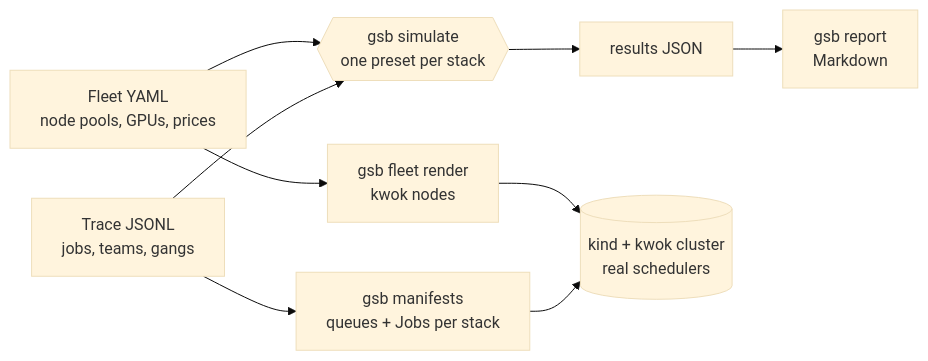
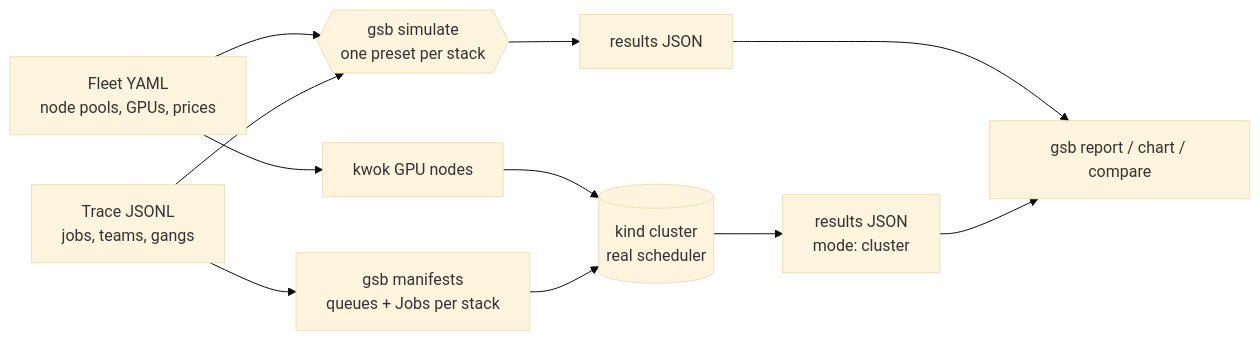
The diagram in README.md (sunilmehta-si/k8s-gpu-scheduler-benchmark), drawn with Mermaid (base theme) before and after one commit. The commit also changed other lines of this file, not shown here.

First line of the commit message:
Rewrite the README around the new evidence: ablation, ten-seed sweep, chart and real-scheduler checks

````diff
--- a/README.md
+++ b/README.md
@@ -71,9 +92,10 @@
 ```mermaid
 flowchart LR
     F[Fleet YAML<br/>node pools, GPUs, prices] --> S
     T[Trace JSONL<br/>jobs, teams, gangs] --> S
-    S{{gsb simulate<br/>one preset per stack}} --> R[results JSON] --> M[gsb report<br/>Markdown]
-    F --> K[gsb fleet render<br/>kwok nodes]
+    S{{gsb simulate<br/>one preset per stack}} --> R[results JSON]
+    F --> K[kwok GPU nodes]
     T --> X[gsb manifests<br/>queues + Jobs per stack]
-    K & X --> C[(kind + kwok cluster<br/>real schedulers)]
+    K & X --> C[(kind cluster<br/>real scheduler)] --> CR[results JSON<br/>mode: cluster]
+    R & CR --> M[gsb report / chart / compare]
 ```
````
